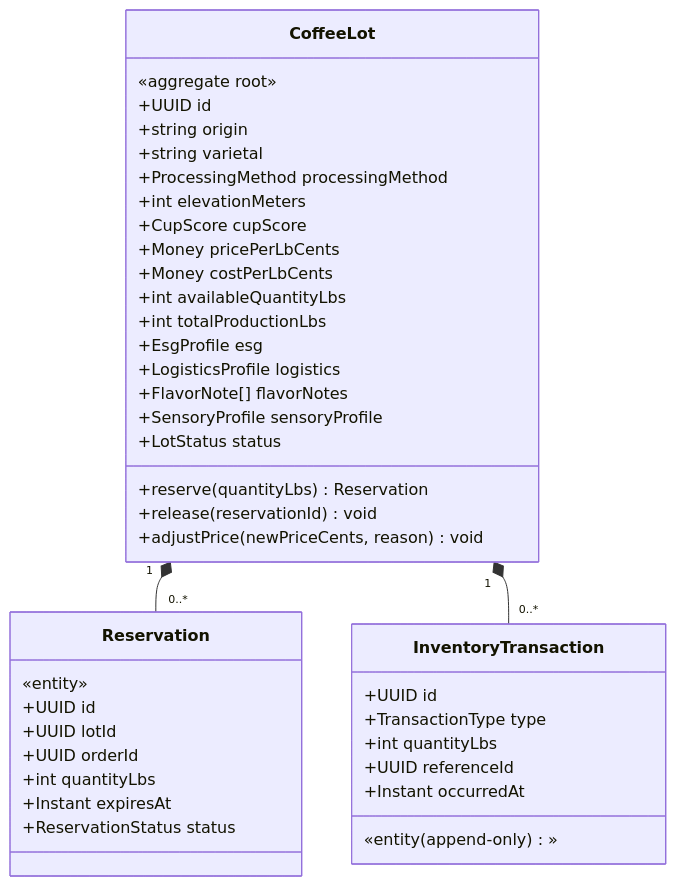
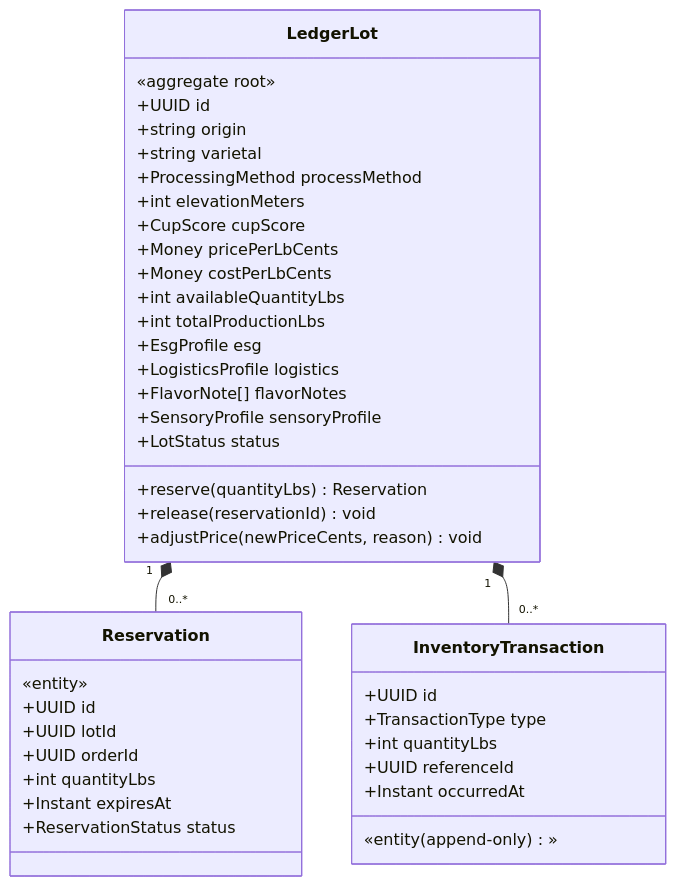
Before and after one commit to marcusdax/greensheet: the third of 8 diagrams in engineering/01-domain-model-event-storming.md, drawn with Mermaid. The commit also changed other lines of this file and 129 other files, not shown here.

````diff
--- a/engineering/01-domain-model-event-storming.md
+++ b/engineering/01-domain-model-event-storming.md
@@ -141,46 +141,46 @@
 ```mermaid
 classDiagram
-    class CoffeeLot {
+    class LedgerLot {
         «aggregate root»
         +UUID id
         +string origin
         +string varietal
-        +ProcessingMethod processingMethod
+        +ProcessingMethod processMethod
         +int elevationMeters
         +CupScore cupScore
         +Money pricePerLbCents
         +Money costPerLbCents
         +int availableQuantityLbs
         +int totalProductionLbs
         +EsgProfile esg
         +LogisticsProfile logistics
         +FlavorNote[] flavorNotes
         +SensoryProfile sensoryProfile
         +LotStatus status
         +reserve(quantityLbs) Reservation
         +release(reservationId) void
         +adjustPrice(newPriceCents, reason) void
     }
 
     class Reservation {
         «entity»
         +UUID id
         +UUID lotId
         +UUID orderId
         +int quantityLbs
         +Instant expiresAt
         +ReservationStatus status
     }
 
     class InventoryTransaction {
         «entity (append-only)»
         +UUID id
         +TransactionType type
         +int quantityLbs
         +UUID referenceId
         +Instant occurredAt
     }
 
-    CoffeeLot "1" *-- "0..*" Reservation
-    CoffeeLot "1" *-- "0..*" InventoryTransaction
+    LedgerLot "1" *-- "0..*" Reservation
+    LedgerLot "1" *-- "0..*" InventoryTransaction
 ```
````
